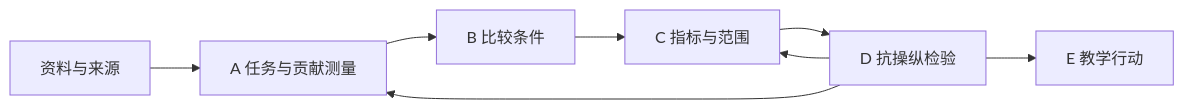
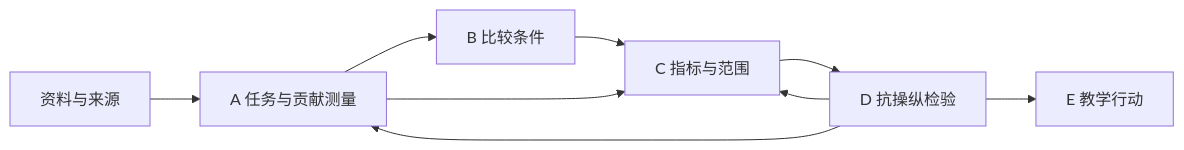
One commit to HNNUYUXUAN/nanxing-aiv changed the diagram in README.md. Above: the diagram before and after it, drawn with Mermaid. The commit also changed 29 other files, not shown here.

````diff
--- a/README.md
+++ b/README.md
@@ -17,10 +17,11 @@
 ```mermaid
 flowchart LR
   R[资料与来源] --> A[A 任务与贡献测量]
   A --> B[B 比较条件]
   B --> C[C 指标与范围]
+  A --> C
   C --> D[D 抗操纵检验]
   D --> E[E 教学行动]
   D --> A
   D --> C
 ```
````
